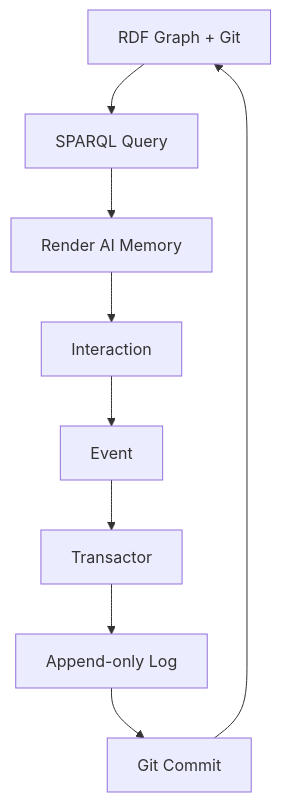
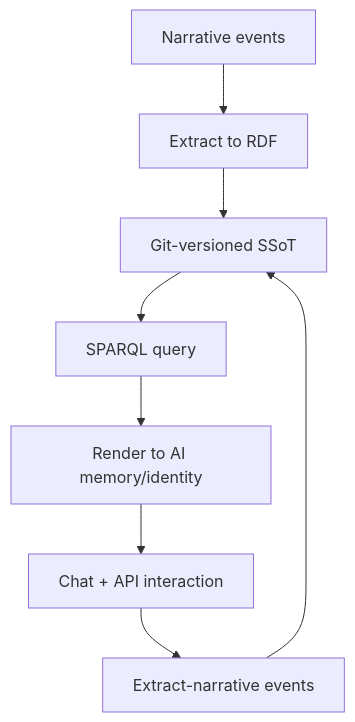
One commit to Synthetic-Identity-Co/conj-talk-2025 changed the third of 4 diagrams in conj-talk-2025.md. Above: the diagram before and after it, drawn with Mermaid. The commit also changed other lines of this file, not shown here.

````diff
--- a/conj-talk-2025.md
+++ b/conj-talk-2025.md
@@ -274,11 +116,10 @@
 ```mermaid
 graph TD
-    A[RDF Graph + Git] --> B[SPARQL Query]
-    B --> C[Render AI Memory]
-    C --> D[Interaction]
-    D --> E[Event]
-    E --> F[Transactor]
-    F --> G[Append-only Log]
-    G --> H[Git Commit]
-    H --> A
+    A[Narrative events] --> B[Extract to RDF]
+    B --> C[Git-versioned SSoT]
+    C --> D[SPARQL query]
+    D --> E[Render to AI memory/identity]
+    E --> F[Chat + API interaction]
+    F --> G[Extract-narrative events]
+    G --> C
 ```
````
